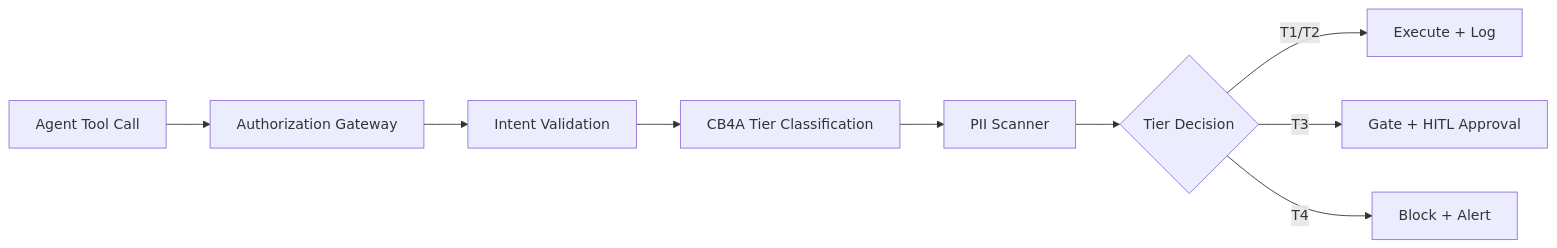
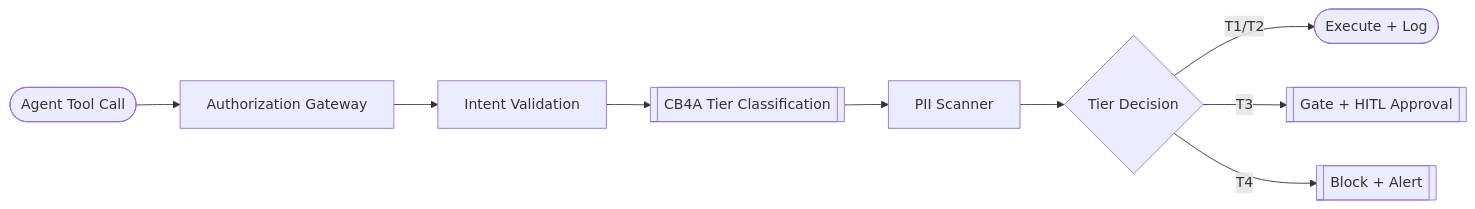
Before and after one commit to CyberdaemonAI/cyberdaemon-site: the third of 3 diagrams in src/content/build-logs/cb4a-implementation.mdx, drawn with Mermaid. The commit also changed other lines of this file and 23 other files, not shown here.

First line of the commit message:
style(diagrams): retrofit all mermaid diagrams to flowchart syntax site-wide

````diff
--- a/src/content/build-logs/cb4a-implementation.mdx
+++ b/src/content/build-logs/cb4a-implementation.mdx
@@ -262,11 +262,11 @@
 ```mermaid
-graph LR
-    A[Agent Tool Call] --> B[Authorization Gateway]
+flowchart LR
+    A([Agent Tool Call]) --> B[Authorization Gateway]
     B --> C[Intent Validation]
-    C --> D[CB4A Tier Classification]
+    C --> D[[CB4A Tier Classification]]
     D --> E[PII Scanner]
     E --> F{Tier Decision}
-    F -->|T1/T2| G[Execute + Log]
-    F -->|T3| H[Gate + HITL Approval]
-    F -->|T4| I[Block + Alert]
+    F -->|T1/T2| G([Execute + Log])
+    F -->|T3| H[[Gate + HITL Approval]]
+    F -->|T4| I[[Block + Alert]]
 ```
````
